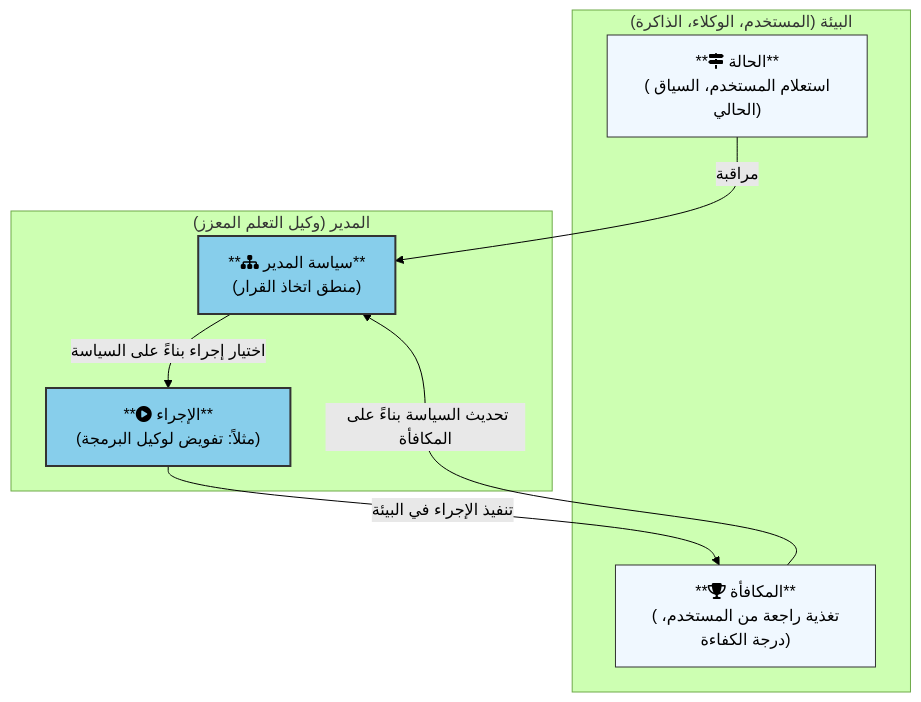
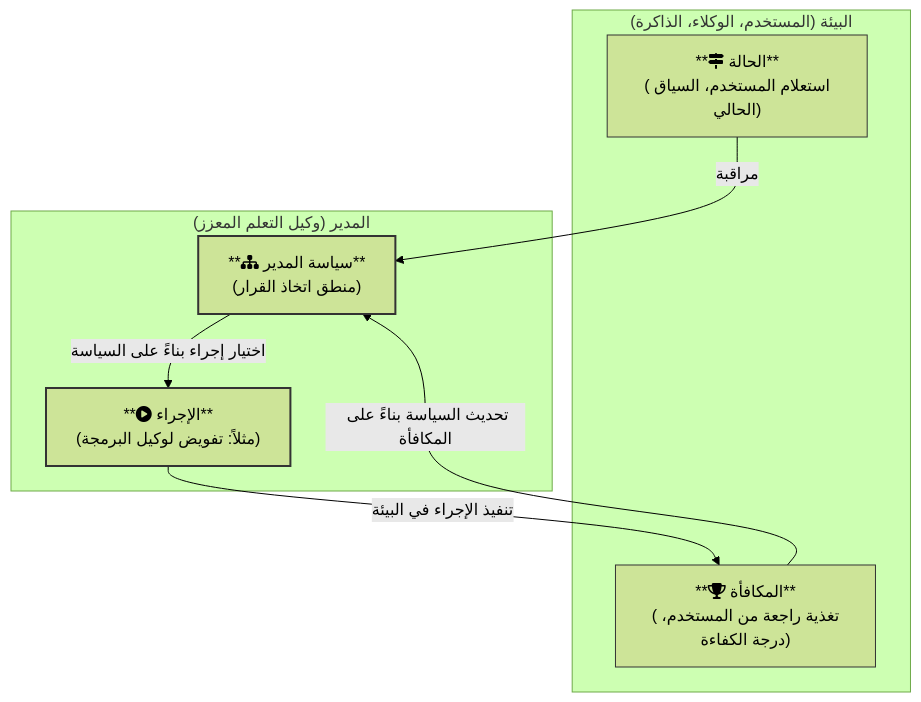
The third of 4 diagrams in MANUSCRIPT-AR.md (halmousama/OAC), drawn with Mermaid (forest theme) before and after one commit. The commit also changed other lines of this file and 5 other files, not shown here.

Commit message:
Enhance the diagrams colors.

````diff
--- a/MANUSCRIPT-AR.md
+++ b/MANUSCRIPT-AR.md
@@ -246,23 +246,23 @@
 ```mermaid
 graph TD
     subgraph "البيئة (المستخدم، الوكلاء، الذاكرة)"
         S["**fa:fa-map-signs الحالة**<br/>(استعلام المستخدم، السياق الحالي)"]
         R["**fa:fa-trophy المكافأة**<br/>(تغذية راجعة من المستخدم، درجة الكفاءة)"]
     end
     
     subgraph "المدير (وكيل التعلم المعزز)"
         M["**fa:fa-sitemap سياسة المدير**<br/>(منطق اتخاذ القرار)"]
         A["**fa:fa-play-circle الإجراء**<br/>(مثلاً: تفويض لوكيل البرمجة)"]
     end
     
     S -- "مراقبة" --> M
     M -- "اختيار إجراء بناءً على السياسة" --> A
     A -- "تنفيذ الإجراء في البيئة" --> R
     R -- "تحديث السياسة بناءً على المكافأة" --> M
     
-    classDef manager fill:#87CEEB,stroke:#333,stroke-width:2px;
-    classDef env fill:#F0F8FF,stroke:#333,stroke-width:1px;
+    classDef manager stroke:#333,stroke-width:2px;
+    classDef env stroke:#333,stroke-width:1px;
     
     class S,R env;
     class M,A manager;
 ```
````
